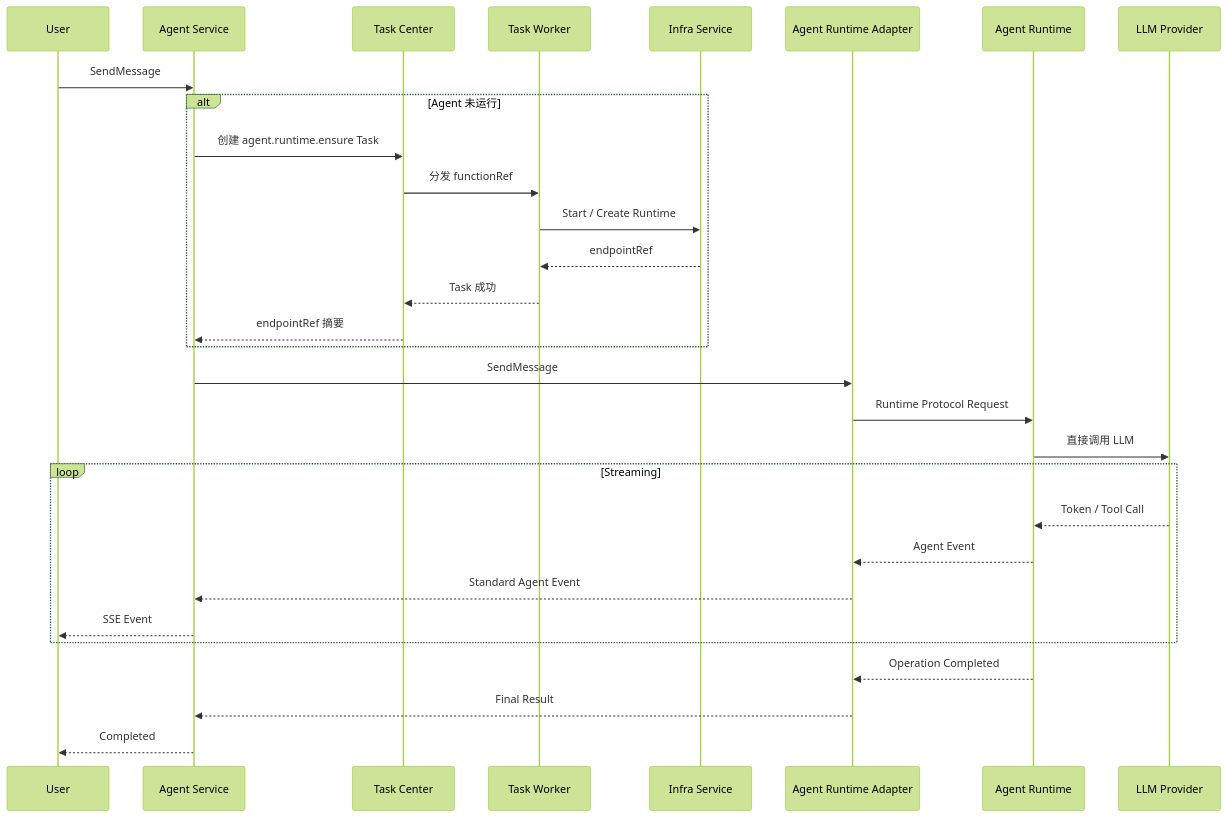
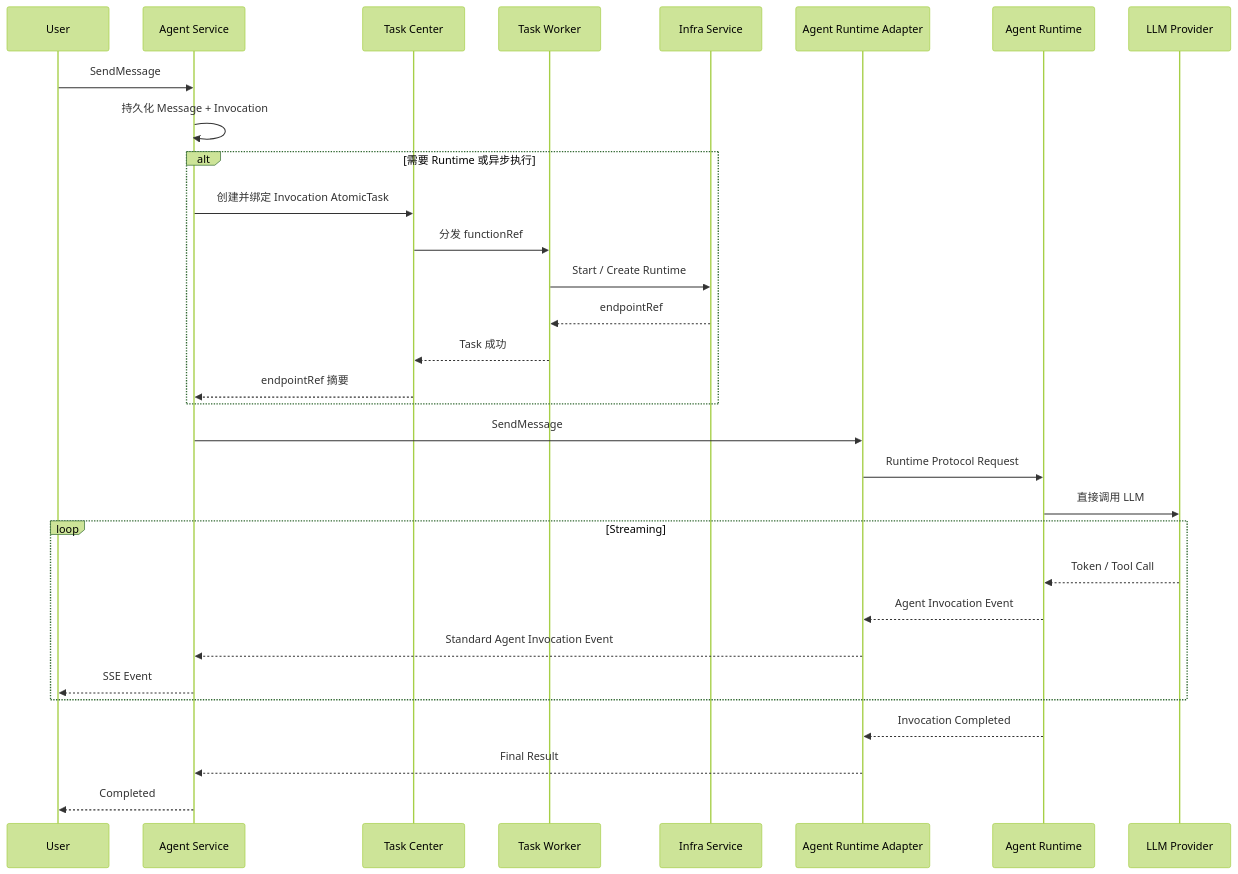
Before and after one commit to wangweihong/omnimam-spec: the seventh of 9 diagrams in 00_product/domains/agent/product-spec.md, drawn with Mermaid (forest theme). The commit also changed other lines of this file and 38 other files, not shown here.

Commit message:
spec: release agent appstudio infrastructure task registry

````diff
--- a/00_product/domains/agent/product-spec.md
+++ b/00_product/domains/agent/product-spec.md
@@ -1300,37 +1327,38 @@
 ```mermaid
 sequenceDiagram
     participant U as User
     participant AS as Agent Service
     participant TC as Task Center
     participant TW as Task Worker
     participant IS as Infra Service
     participant AD as Agent Runtime Adapter
     participant AR as Agent Runtime
     participant LLM as LLM Provider
 
     U->>AS: SendMessage
+    AS->>AS: 持久化 Message + Invocation
 
-    alt Agent 未运行
-        AS->>TC: 创建 agent.runtime.ensure Task
+    alt 需要 Runtime 或异步执行
+        AS->>TC: 创建并绑定 Invocation AtomicTask
         TC->>TW: 分发 functionRef
         TW->>IS: Start / Create Runtime
         IS-->>TW: endpointRef
         TW-->>TC: Task 成功
         TC-->>AS: endpointRef 摘要
     end
 
     AS->>AD: SendMessage
     AD->>AR: Runtime Protocol Request
     AR->>LLM: 直接调用 LLM
 
     loop Streaming
         LLM-->>AR: Token / Tool Call
-        AR-->>AD: Agent Event
-        AD-->>AS: Standard Agent Event
+        AR-->>AD: Agent Invocation Event
+        AD-->>AS: Standard Agent Invocation Event
         AS-->>U: SSE Event
     end
 
-    AR-->>AD: Operation Completed
+    AR-->>AD: Invocation Completed
     AD-->>AS: Final Result
     AS-->>U: Completed
 ```
````
